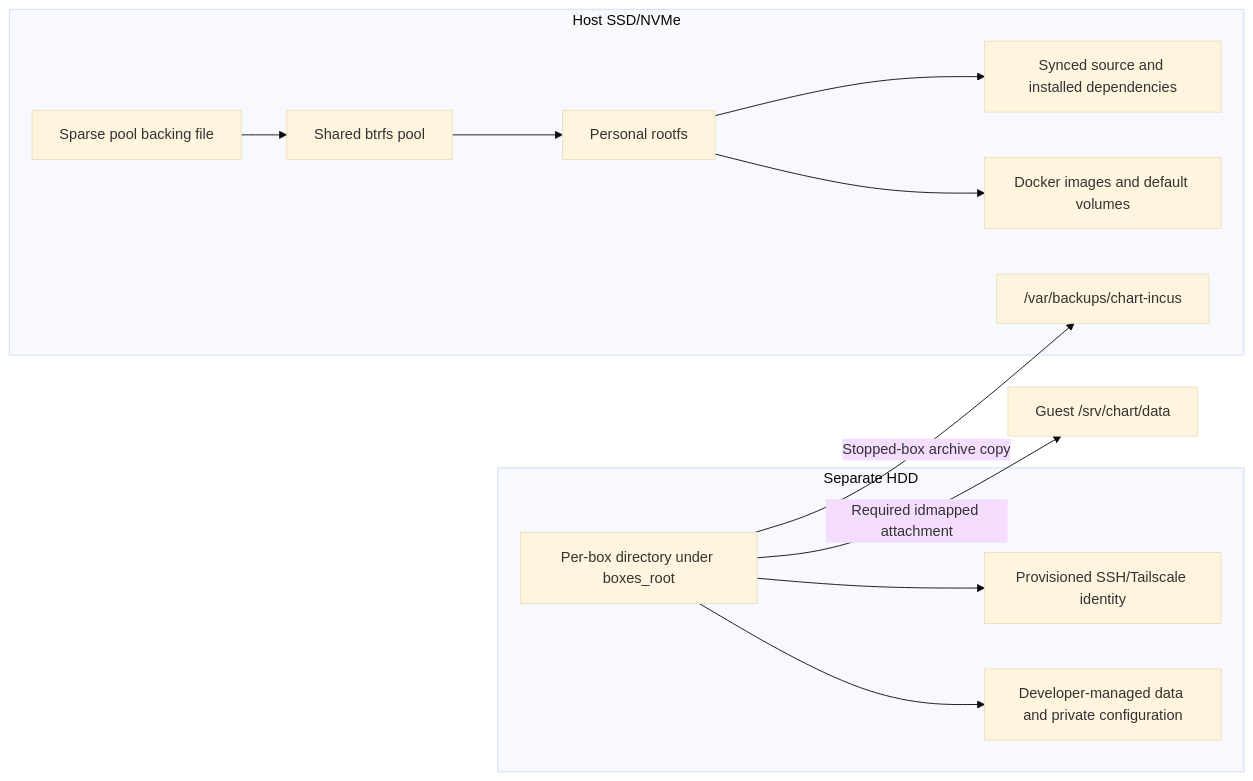
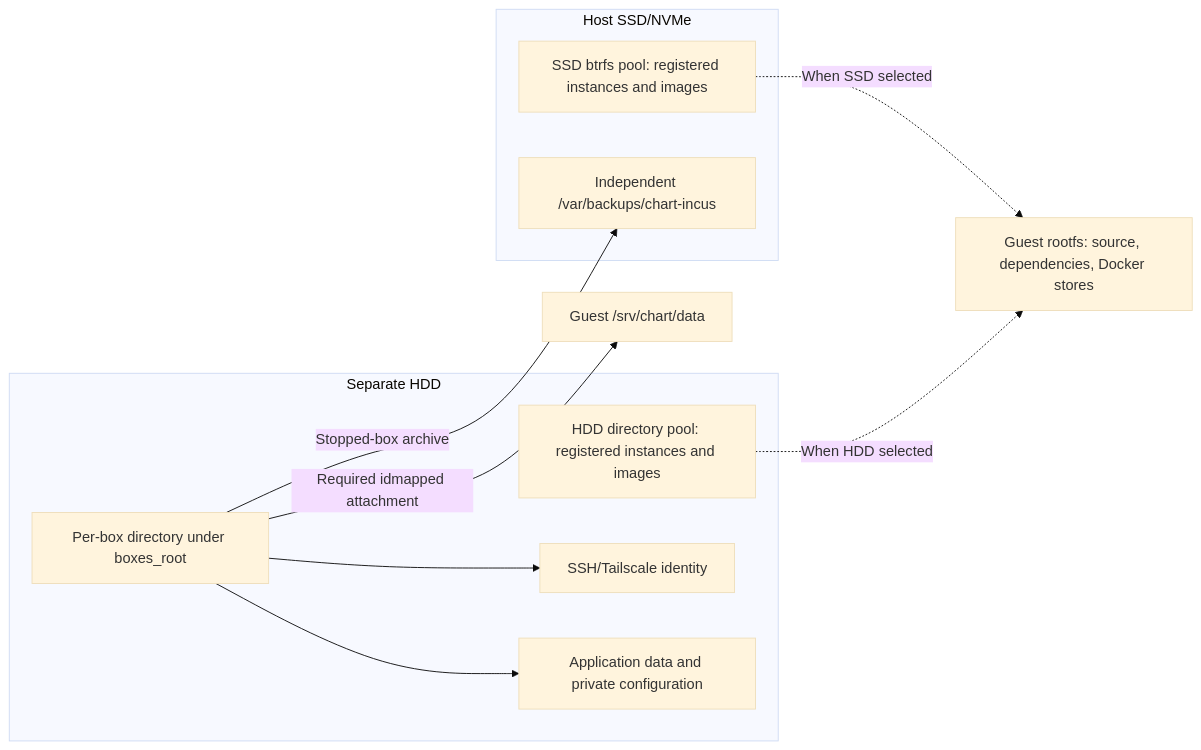
Before and after one commit to eusean-tg/chart-infra: the second of 4 diagrams in incus/ARCHITECTURE.md, drawn with Mermaid (base theme). The commit also changed other lines of this file and 4 other files, not shown here.

Commit message:
codex: document registered root pools and data-only backup coverage

````diff
--- a/incus/ARCHITECTURE.md
+++ b/incus/ARCHITECTURE.md
@@ -100,23 +105,19 @@
 ```mermaid
 flowchart LR
     subgraph SSD["Host SSD/NVMe"]
-        PoolFile["Sparse pool backing file"]
-        Pool["Shared btrfs pool"]
-        Root["Personal rootfs"]
-        Source["Synced source and installed dependencies"]
-        DockerFiles["Docker images and default volumes"]
-        Archives["/var/backups/chart-incus"]
-        PoolFile --> Pool --> Root
-        Root --> Source
-        Root --> DockerFiles
+        SSDPool["SSD btrfs pool: registered instances and images"]
+        Archives["Independent /var/backups/chart-incus"]
     end
     subgraph HDD["Separate HDD"]
+        HDDPool["HDD directory pool: registered instances and images"]
         Dir["Per-box directory under boxes_root"]
-        Identity["Provisioned SSH/Tailscale identity"]
-        AppData["Developer-managed data and private configuration"]
+        Identity["SSH/Tailscale identity"]
+        AppData["Application data and private configuration"]
         Dir --> Identity
         Dir --> AppData
     end
+    SSDPool -.->|"When SSD selected"| Root["Guest rootfs: source, dependencies, Docker stores"]
+    HDDPool -.->|"When HDD selected"| Root
     Dir -->|"Required idmapped attachment"| GuestData["Guest /srv/chart/data"]
-    Dir -->|"Stopped-box archive copy"| Archives
+    Dir -->|"Stopped-box archive"| Archives
 ```
````
